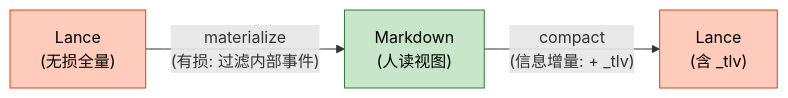
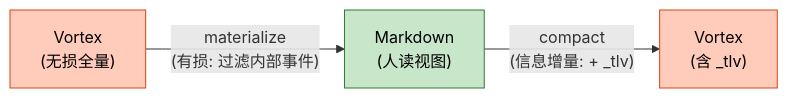
One commit to DeepLink-org/Persisting changed the fifth of 5 diagrams in docs/src/design/trajectory_storage.zh.md. Above: the diagram before and after it, drawn with Mermaid. The commit also changed other lines of this file and 69 other files, not shown here.

First line of the commit message:
Refactor persisting-capture crate to replace Lance references with Vortex

````diff
--- a/docs/src/design/trajectory_storage.zh.md
+++ b/docs/src/design/trajectory_storage.zh.md
@@ -535,9 +530,9 @@
 ```mermaid
 graph LR
-    L["Lance<br/>(无损全量)"] -->|"materialize<br/>(有损: 过滤内部事件)"| M["Markdown<br/>(人读视图)"]
-    M -->|"compact<br/>(信息增量: + _tlv)"| L2["Lance<br/>(含 _tlv)"]
+    V["Vortex<br/>(无损全量)"] -->|"materialize<br/>(有损: 过滤内部事件)"| M["Markdown<br/>(人读视图)"]
+    M -->|"compact<br/>(信息增量: + _tlv)"| V2["Vortex<br/>(含 _tlv)"]
 
-    style L fill:#ffccbc,stroke:#d84315,color:#000
+    style V fill:#ffccbc,stroke:#d84315,color:#000
     style M fill:#c8e6c9,stroke:#2e7d32,color:#000
-    style L2 fill:#ffccbc,stroke:#d84315,color:#000
+    style V2 fill:#ffccbc,stroke:#d84315,color:#000
 ```
````
